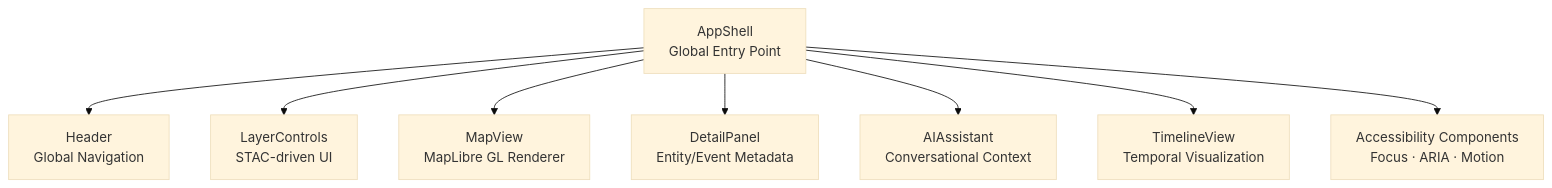
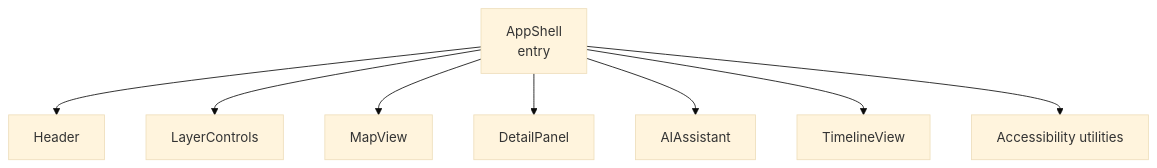
Before and after one commit to bartytime4life/Kansas-Frontier-Matrix: the first of 2 diagrams in web/src/components/AppShell/README.md, drawn with Mermaid (base theme). The commit also changed other lines of this file, not shown here.

````diff
--- a/web/src/components/AppShell/README.md
+++ b/web/src/components/AppShell/README.md
@@ -61,12 +43,11 @@
 ```mermaid
 flowchart TD
-  ROOT["AppShell<br/>Global Entry Point"]
-  ROOT --> H["Header<br/>Global Navigation"]
-  ROOT --> L["LayerControls<br/>STAC-driven UI"]
-  ROOT --> M["MapView<br/>MapLibre GL Renderer"]
-  ROOT --> D["DetailPanel<br/>Entity/Event Metadata"]
-  ROOT --> AI["AIAssistant<br/>Conversational Context"]
-  ROOT --> T["TimelineView<br/>Temporal Visualization"]
-  ROOT --> ACC["Accessibility Components<br/>Focus · ARIA · Motion"]
+  ROOT["AppShell<br/>entry"] --> H["Header"]
+  ROOT --> L["LayerControls"]
+  ROOT --> M["MapView"]
+  ROOT --> D["DetailPanel"]
+  ROOT --> AI["AIAssistant"]
+  ROOT --> T["TimelineView"]
+  ROOT --> ACC["Accessibility utilities"]
 %% END OF MERMAID
 ```
````
